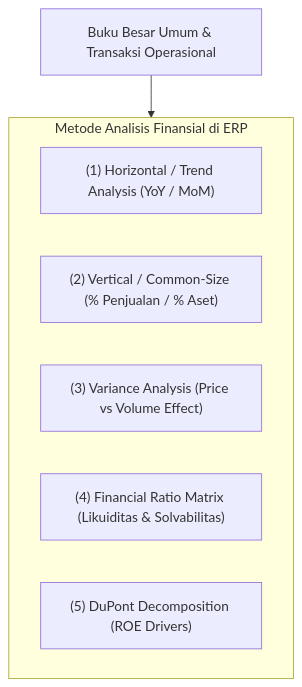
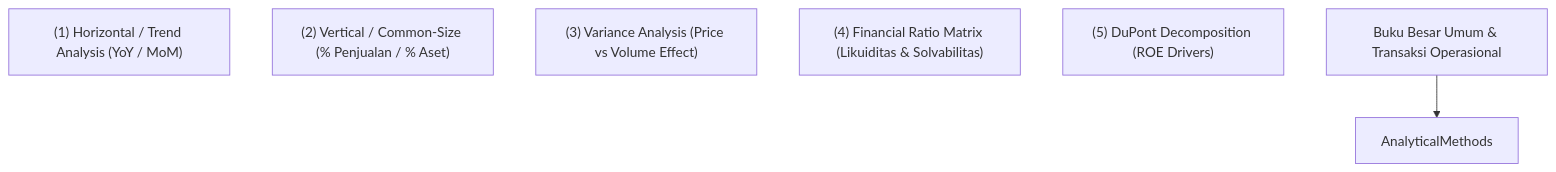
One commit to alimurrofid/erp-notes changed the first of 2 diagrams in content/07-finance/financial-analysis.md. Above: the diagram before and after it, drawn with Mermaid. The commit also changed 58 other files, not shown here.

Commit message:
fix(content):Mermaid Subgraph

````diff
--- a/content/07-finance/financial-analysis.md
+++ b/content/07-finance/financial-analysis.md
@@ -15,11 +15,9 @@
 ```mermaid
 graph TD
-    subgraph AnalyticalMethods["Metode Analisis Finansial di ERP"]
         Horiz["(1) Horizontal / Trend Analysis (YoY / MoM)"]
         Vert["(2) Vertical / Common-Size (% Penjualan / % Aset)"]
         Var["(3) Variance Analysis (Price vs Volume Effect)"]
         Ratio["(4) Financial Ratio Matrix (Likuiditas & Solvabilitas)"]
         DuPont["(5) DuPont Decomposition (ROE Drivers)"]
-    end
     ERP_GL["Buku Besar Umum & Transaksi Operasional"] --> AnalyticalMethods
 ```
````
